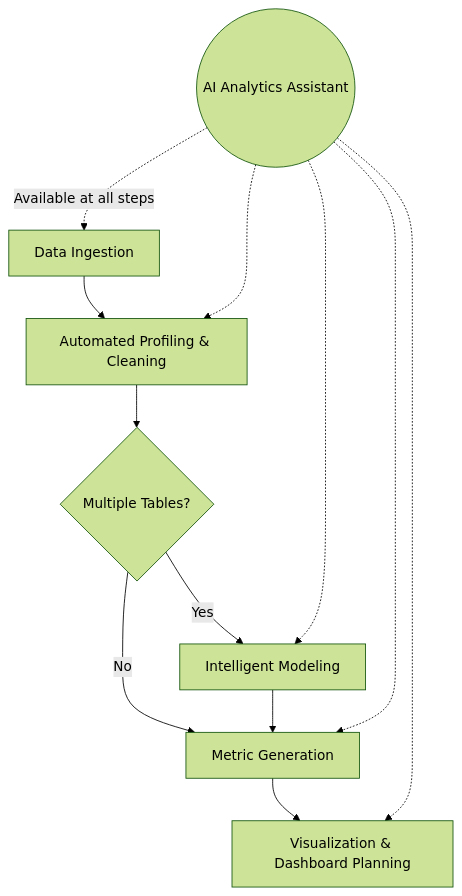
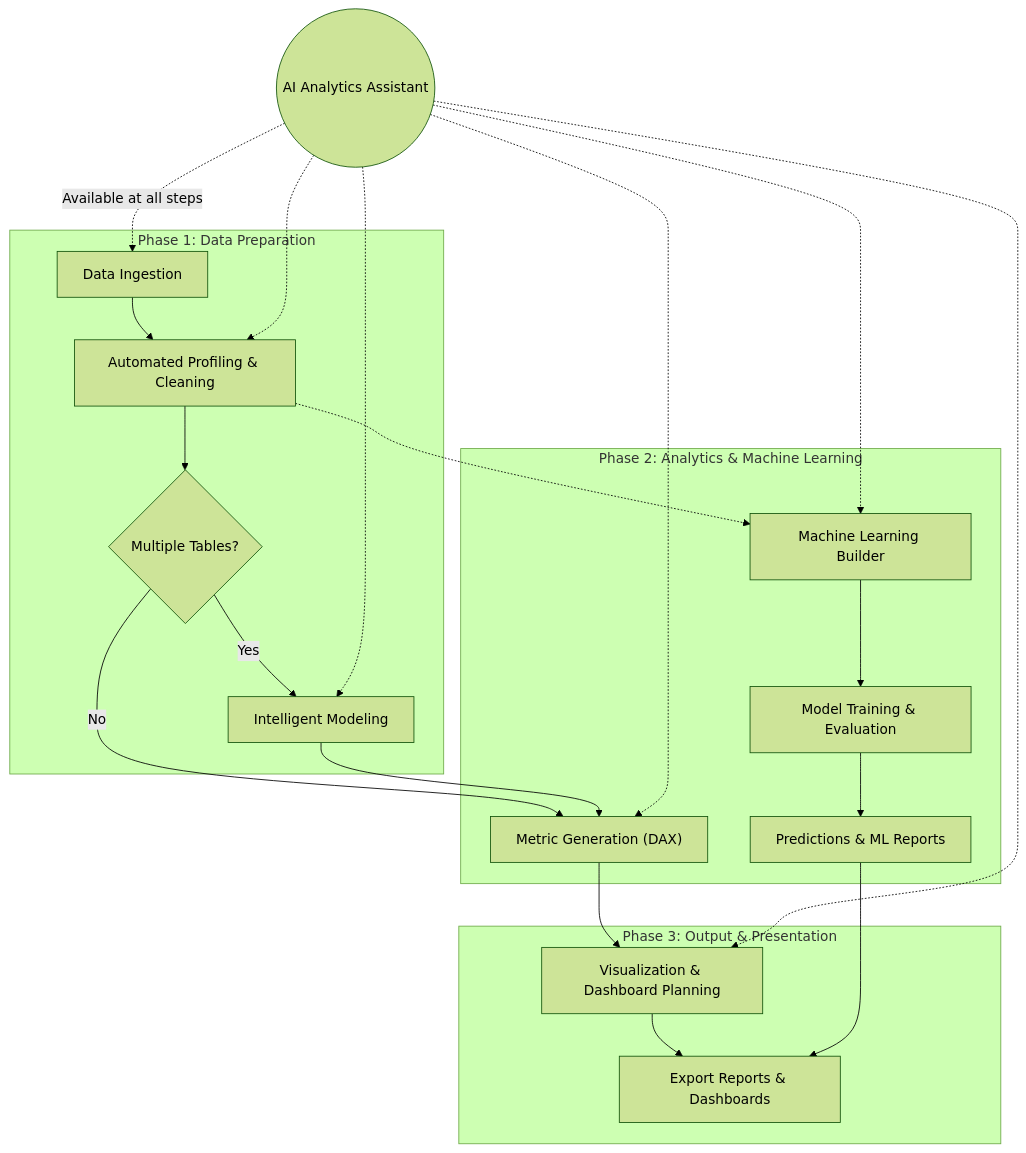
One commit to arththakkar1/insight-flow-web-app changed the diagram in doc/explanation/user-workflows.md. Above: the diagram before and after it, drawn with Mermaid (forest theme). The commit also changed other lines of this file and 3 other files, not shown here.

````diff
--- a/doc/explanation/user-workflows.md
+++ b/doc/explanation/user-workflows.md
@@ -9,15 +9,29 @@
 ```mermaid
 graph TD
-    A[Data Ingestion] --> B[Automated Profiling & Cleaning]
-    B --> C{Multiple Tables?}
-    C -- Yes --> D[Intelligent Modeling]
-    C -- No --> E[Metric Generation]
-    D --> E
-    E --> F[Visualization & Dashboard Planning]
+    subgraph "Phase 1: Data Preparation"
+        A["Data Ingestion"] --> B["Automated Profiling & Cleaning"]
+        B --> C{"Multiple Tables?"}
+        C -- "Yes" --> D["Intelligent Modeling"]
+    end
     
-    G((AI Analytics Assistant)) -.-> |Available at all steps| A
+    subgraph "Phase 2: Analytics & Machine Learning"
+        C -- "No" --> E["Metric Generation (DAX)"]
+        D --> E
+        B -.-> ML1["Machine Learning Builder"]
+        ML1 --> ML2["Model Training & Evaluation"]
+        ML2 --> ML3["Predictions & ML Reports"]
+    end
+    
+    subgraph "Phase 3: Output & Presentation"
+        E --> F["Visualization & Dashboard Planning"]
+        F --> H["Export Reports & Dashboards"]
+        ML3 --> H
+    end
+    
+    G(("AI Analytics Assistant")) -.-> |"Available at all steps"| A
     G -.-> B
     G -.-> D
     G -.-> E
     G -.-> F
+    G -.-> ML1
 ```
````
